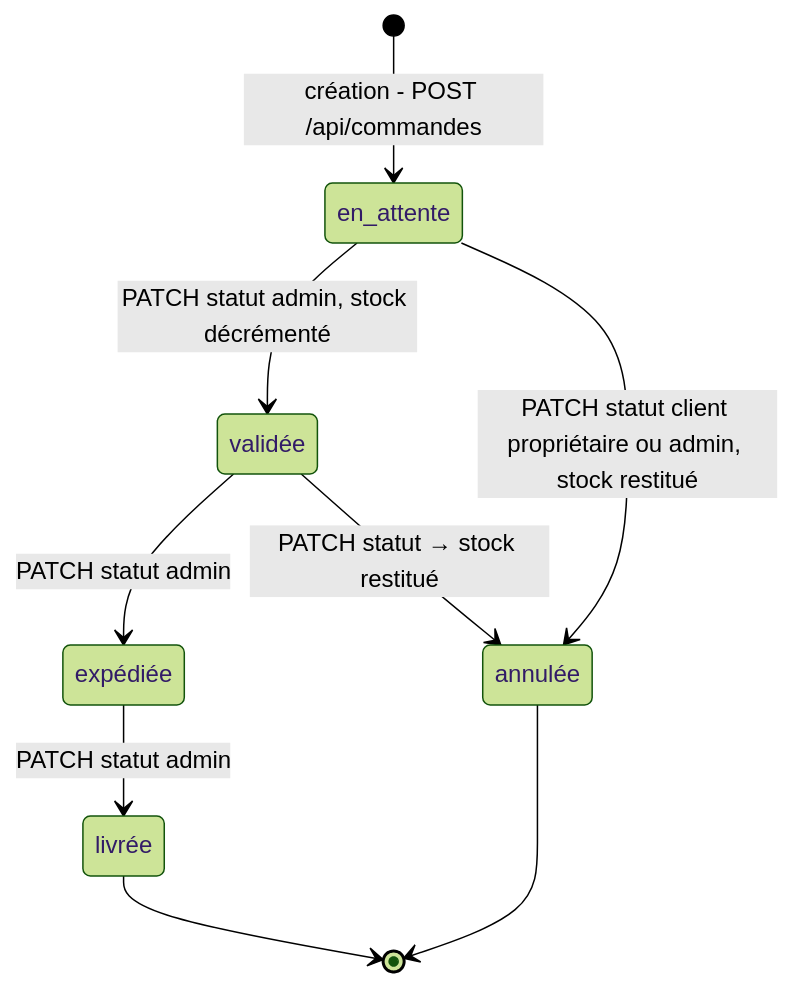
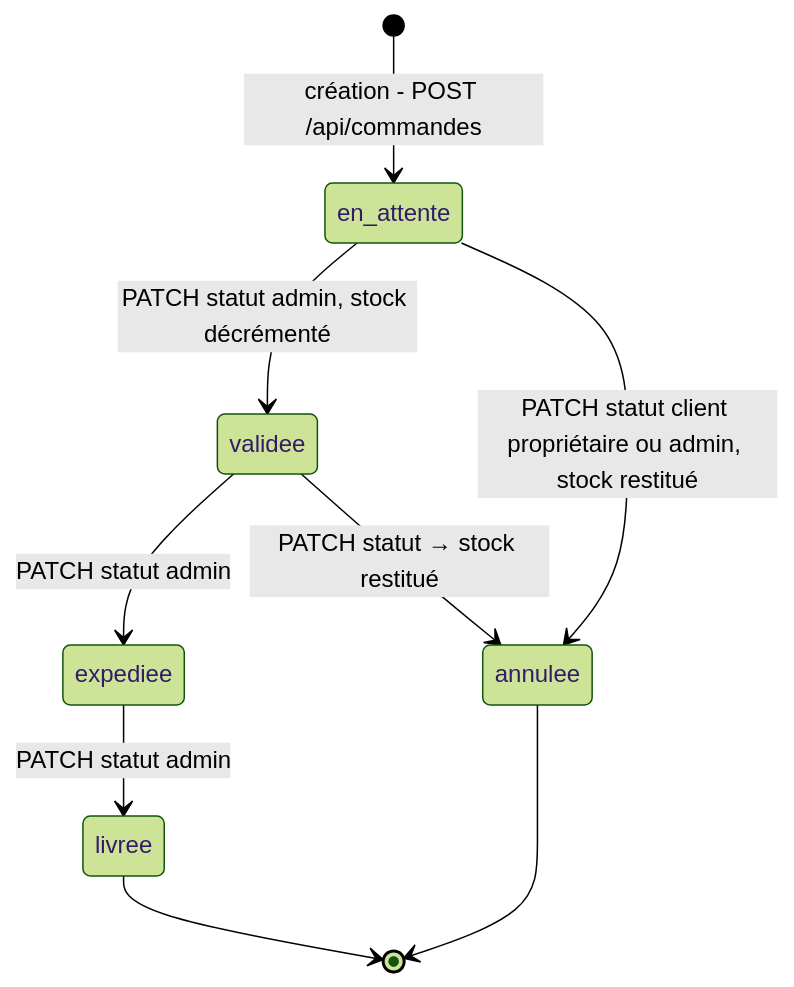
One commit to ericlacombe/mon-projet-handson-python changed the sixth of 10 diagrams in docs/uml-projet.md. Above: the diagram before and after it, drawn with Mermaid (forest theme). The commit also changed other lines of this file, not shown here.

Commit message:
docs(uml-projet.md) : corrige 2.2 losange ITEM cité + 2.3 ID d'états sans accents, comme le stateDiagram de référence etape3-objets.md

````diff
--- a/docs/uml-projet.md
+++ b/docs/uml-projet.md
@@ -258,13 +258,13 @@
 ```mermaid
 %% LÉGENDE machine à états UML : [*] = état initial/final · A --> B : événement/déclencheur = PATCH /api/commandes/<id>/statut
 %% Effets de bord : validée → stock décrémenté · annulée → stock restitué
 stateDiagram-v2
     [*] --> en_attente : création - POST /api/commandes
-    en_attente --> validée : PATCH statut admin, stock décrémenté
-    en_attente --> annulée : PATCH statut client propriétaire ou admin, stock restitué
-    validée --> expédiée : PATCH statut admin
-    validée --> annulée : PATCH statut → stock restitué
-    expédiée --> livrée : PATCH statut admin
-    livrée --> [*]
-    annulée --> [*]
+    en_attente --> validee : PATCH statut admin, stock décrémenté
+    en_attente --> annulee : PATCH statut client propriétaire ou admin, stock restitué
+    validee --> expediee : PATCH statut admin
+    validee --> annulee : PATCH statut → stock restitué
+    expediee --> livree : PATCH statut admin
+    livree --> [*]
+    annulee --> [*]
 ```
````
